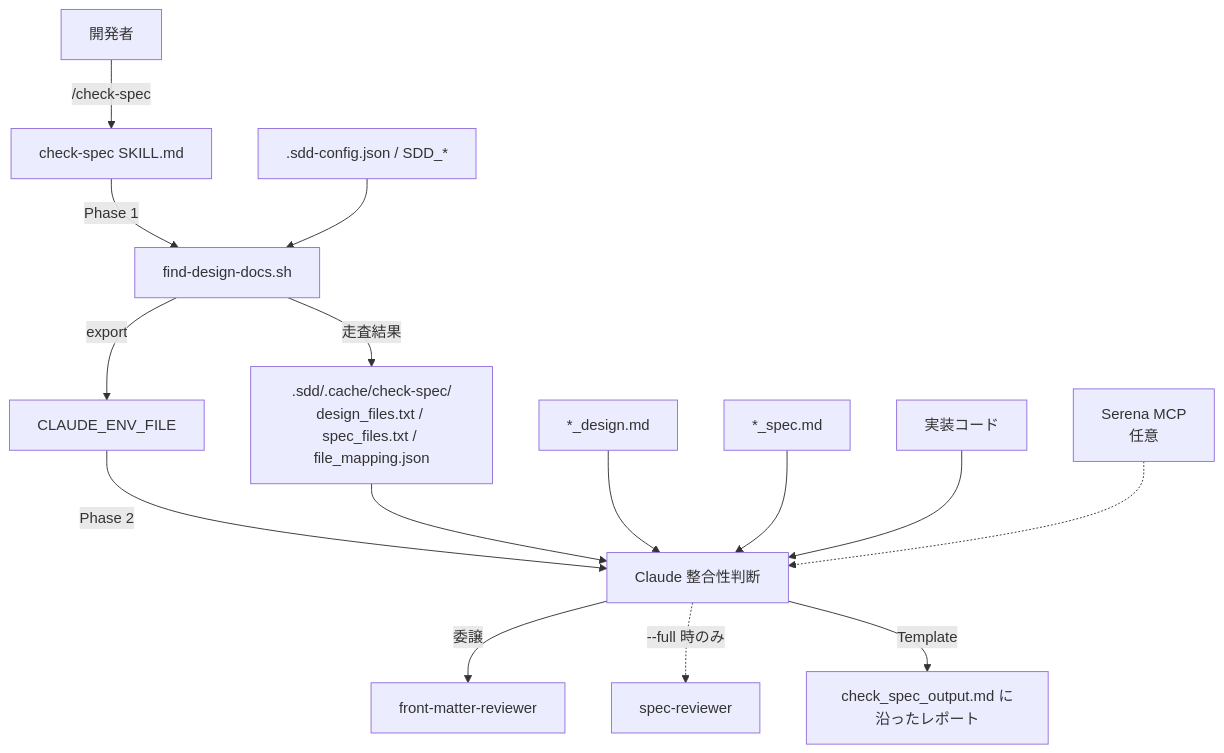
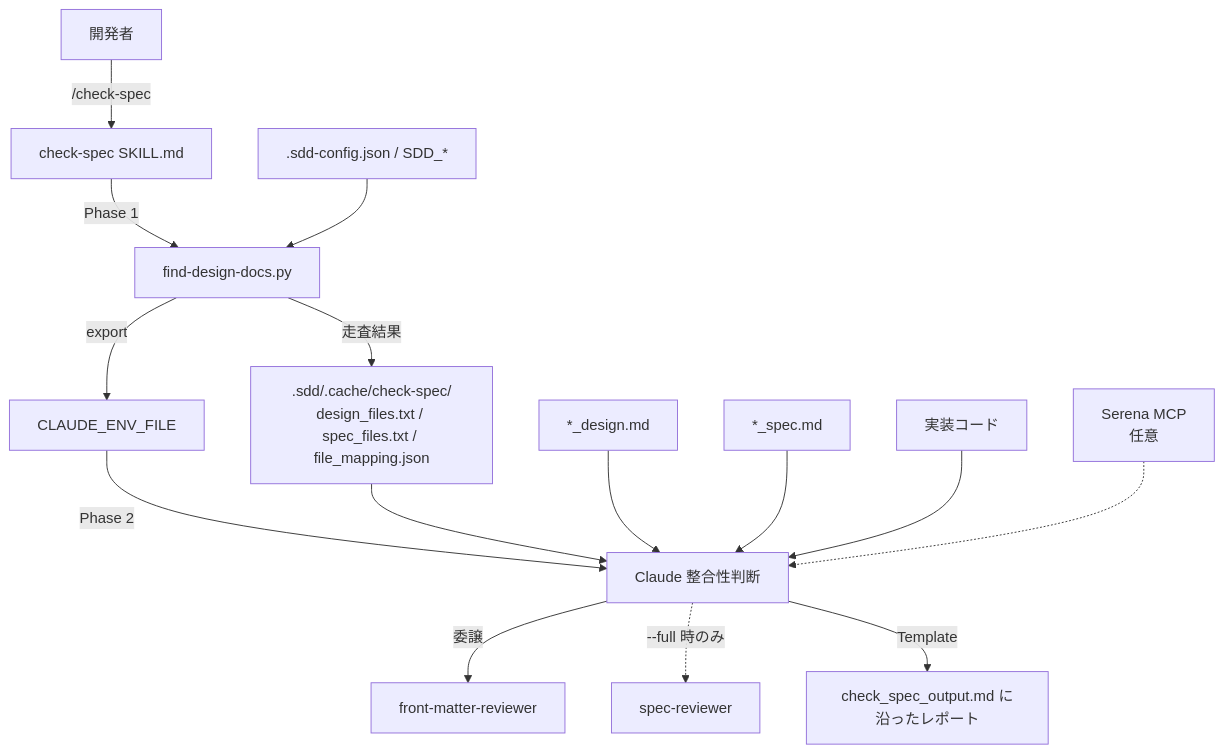
The diagram in .sdd/specification/quality-guardrails/impl-spec-check_design.md (ToshikiImagawa/ai-sdd-workflow-dev), drawn with Mermaid before and after one commit. The commit also changed other lines of this file and 11 other files, not shown here.

````diff
--- a/.sdd/specification/quality-guardrails/impl-spec-check_design.md
+++ b/.sdd/specification/quality-guardrails/impl-spec-check_design.md
@@ -75,17 +75,17 @@
 ```mermaid
 graph TD
     Dev[開発者] -->|/check-spec| Skill[check-spec SKILL.md]
-    Skill -->|Phase 1| Script[find-design-docs.sh]
+    Skill -->|Phase 1| Script[find-design-docs.py]
     Config[.sdd-config.json / SDD_*] --> Script
     Script -->|走査結果| Cache[".sdd/.cache/check-spec/<br/>design_files.txt / spec_files.txt / file_mapping.json"]
     Script -->|export| Env[CLAUDE_ENV_FILE]
     Env -->|Phase 2| Claude[Claude 整合性判断]
     Cache --> Claude
     Design["*_design.md"] --> Claude
     Spec["*_spec.md"] --> Claude
     Impl[実装コード] --> Claude
     Claude -->|委譲| FMR[front-matter-reviewer]
     Claude -.->|--full 時のみ| SR[spec-reviewer]
     Claude -->|Template| Report[check_spec_output.md に沿ったレポート]
     Serena[Serena MCP<br/>任意] -.-> Claude
 ```
````
